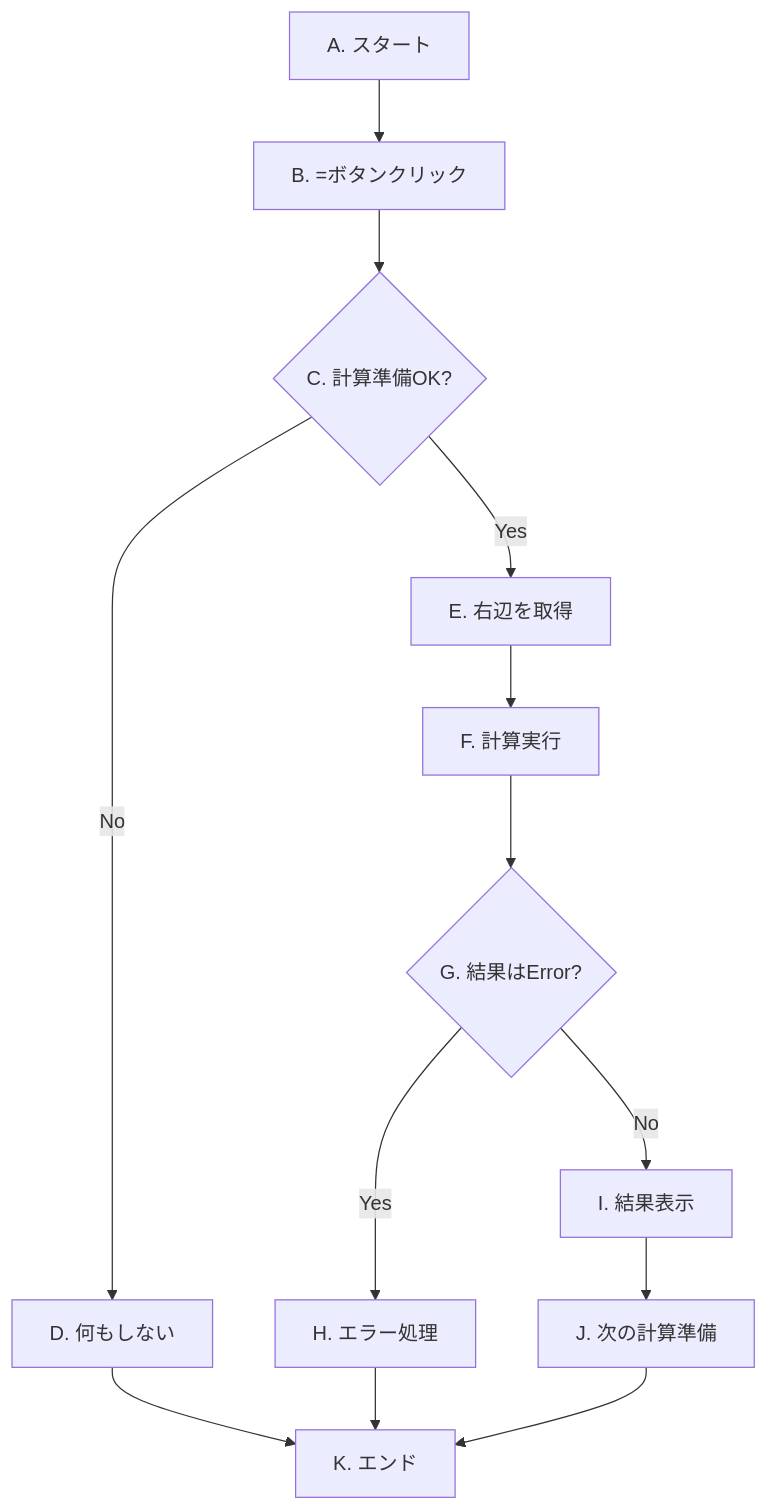
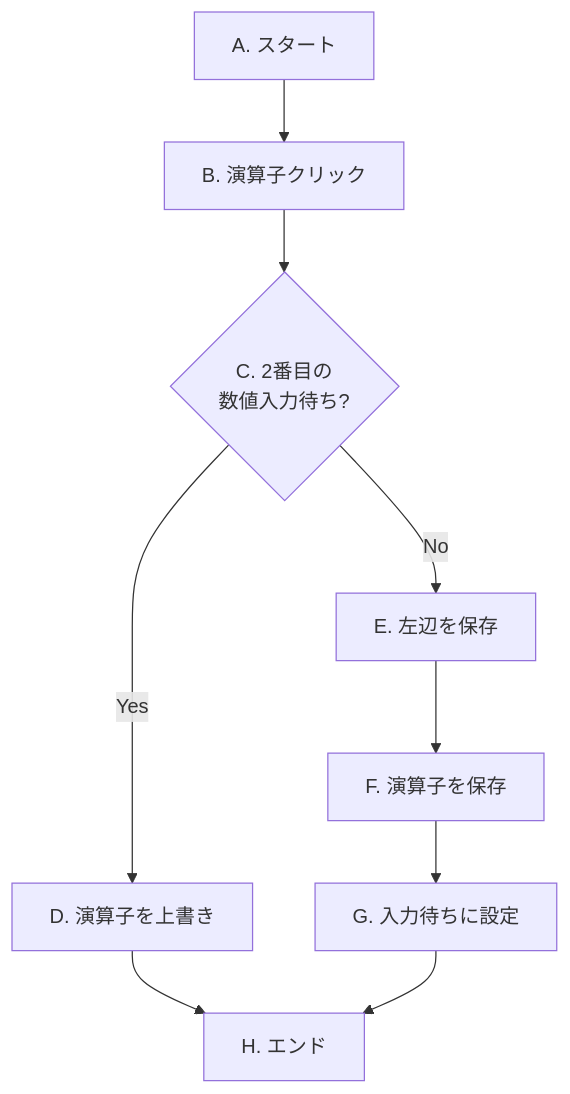
One commit to jun1waka/OIC2025-Front03 changed the second of 3 diagrams in README.md. Above: the diagram before and after it, drawn with Mermaid. The commit also changed other lines of this file, not shown here.

````diff
--- a/README.md
+++ b/README.md
@@ -336,13 +228,10 @@
 ```mermaid
 graph TD
-    A["A. スタート"] --> B["B. =ボタンクリック"];
-    B --> C{"C. 計算準備OK?"};
-    C -- No --> D["D. 何もしない"];
-    C -- Yes --> E["E. 右辺を取得"];
-    E --> F["F. 計算実行"];
-    F --> G{"G. 結果はError?"};
-    G -- Yes --> H["H. エラー処理"];
-    G -- No --> I["I. 結果表示"];
-    I --> J["J. 次の計算準備"];
-    D & H & J --> K["K. エンド"];
+    A["A. スタート"] --> B["B. 演算子クリック"];
+    B --> C{"C. 2番目の<br>数値入力待ち?"};
+    C -- Yes --> D["D. 演算子を上書き"];
+    C -- No --> E["E. 左辺を保存"];
+    E --> F["F. 演算子を保存"];
+    F --> G["G. 入力待ちに設定"];
+    D & G --> H["H. エンド"];
 ```
````
